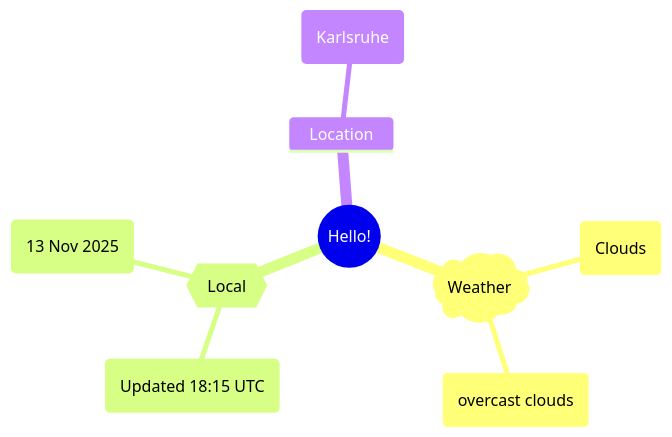
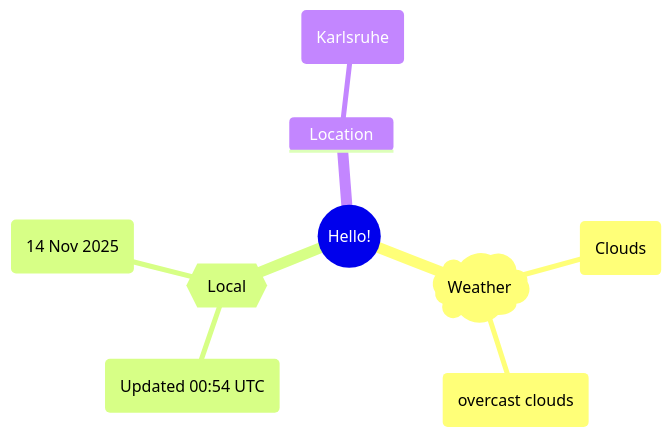
One commit to Xosrov/Xosrov changed the first of 2 diagrams in README.md. Above: the diagram before and after it, drawn with Mermaid.

Commit message:
[bot] updated images

````diff
--- a/README.md
+++ b/README.md
@@ -3,12 +3,12 @@
 ```mermaid
 mindmap
   root((Hello!))
     )Weather(
         (Clouds)
         (overcast clouds)
     {{Local}}
-        (Updated 18:15 UTC)
-        (13 Nov 2025)
+        (Updated 00:54 UTC)
+        (14 Nov 2025)
     Location
         (Karlsruhe)
 ```
````
